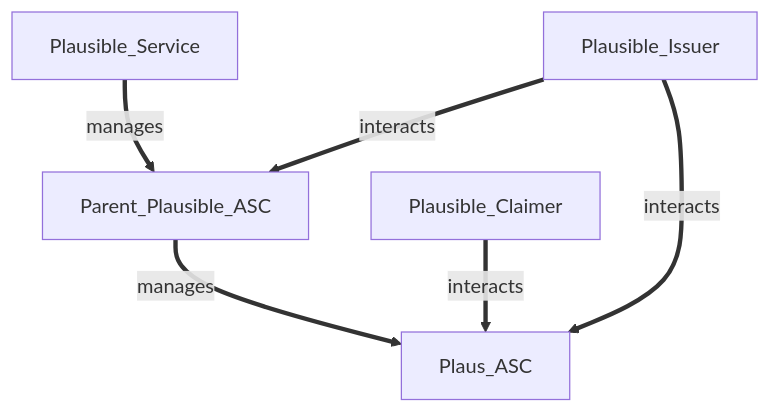
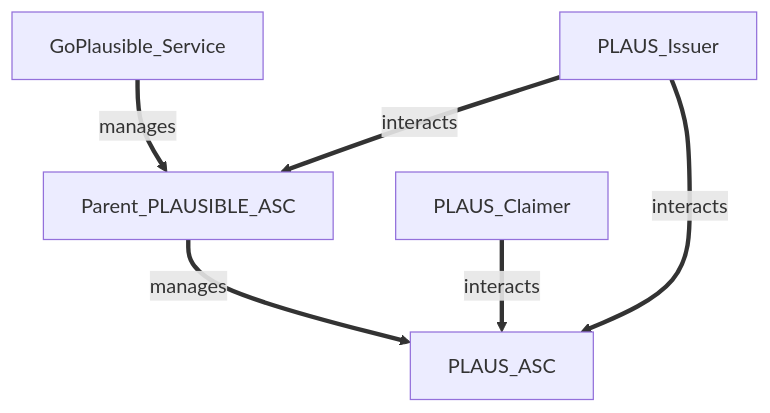
One commit to GoPlausible/.github changed the fourth of 8 diagrams in profile/README.md. Above: the diagram before and after it, drawn with Mermaid. The commit also changed other lines of this file, not shown here.

````diff
--- a/profile/README.md
+++ b/profile/README.md
@@ -202,9 +202,9 @@
 ```mermaid
   graph TD;
-      Plausible_Service== manages ==>Parent_Plausible_ASC;
-      Parent_Plausible_ASC== manages ==>Plaus_ASC;
+      GoPlausible_Service== manages ==>Parent_PLAUSIBLE_ASC;
+      Parent_PLAUSIBLE_ASC== manages ==>PLAUS_ASC;
       
-      Plausible_Claimer== interacts ==>Plaus_ASC;
-      Plausible_Issuer== interacts ==>Parent_Plausible_ASC;
-      Plausible_Issuer== interacts ==>Plaus_ASC;
+      PLAUS_Claimer== interacts ==>PLAUS_ASC;
+      PLAUS_Issuer== interacts ==>Parent_PLAUSIBLE_ASC;
+      PLAUS_Issuer== interacts ==>PLAUS_ASC;
 ```
````
